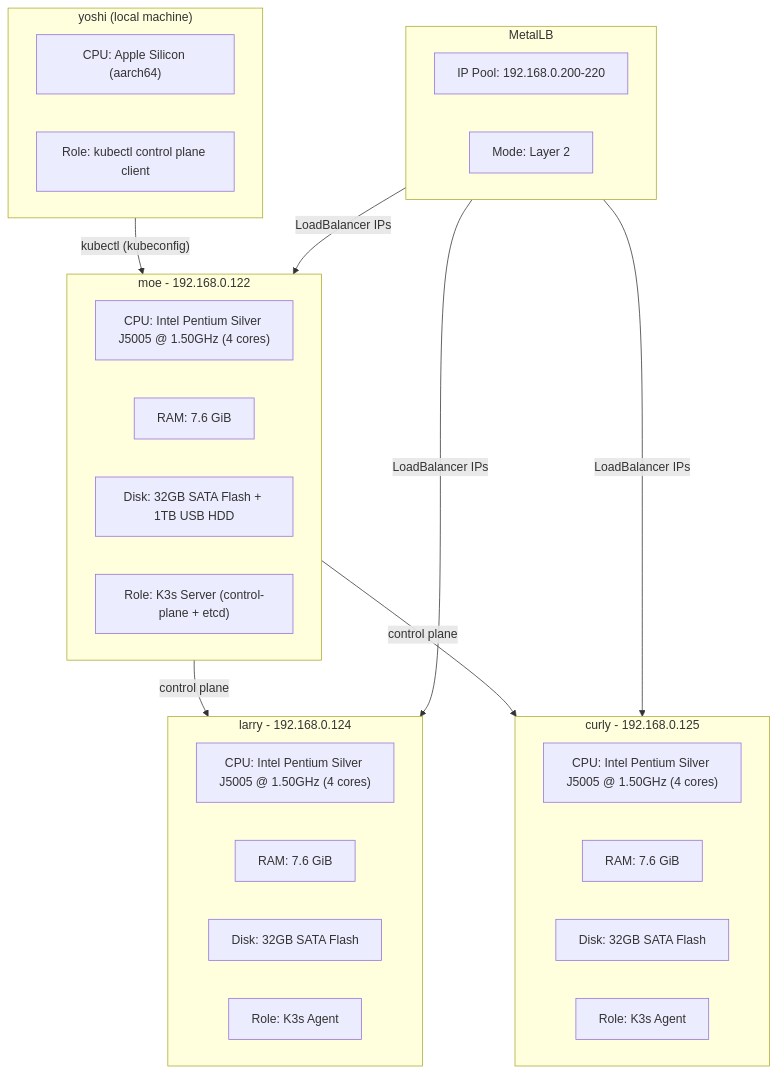
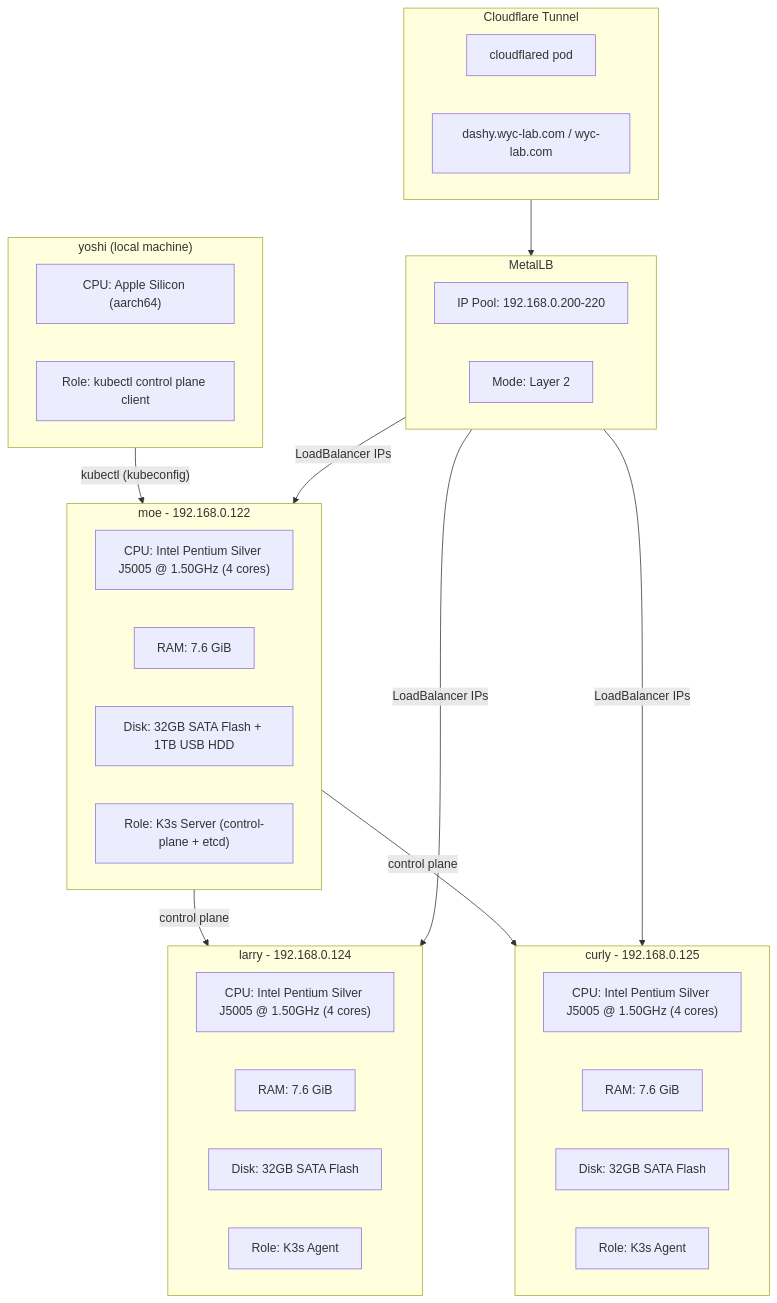
Before and after one commit to JamesRivers/k8s-labs: the diagram in README.md, drawn with Mermaid. The commit also changed other lines of this file and 3 other files, not shown here.

````diff
--- a/README.md
+++ b/README.md
@@ -3,40 +3,46 @@
 ```mermaid
 graph TB
     subgraph yoshi["yoshi (local machine)"]
         Y_CPU["CPU: Apple Silicon (aarch64)"]
         Y_ROLE["Role: kubectl control plane client"]
     end
 
     subgraph moe["moe - 192.168.0.122"]
         M_CPU["CPU: Intel Pentium Silver J5005 @ 1.50GHz (4 cores)"]
         M_RAM["RAM: 7.6 GiB"]
         M_DISK["Disk: 32GB SATA Flash + 1TB USB HDD"]
         M_ROLE["Role: K3s Server (control-plane + etcd)"]
     end
 
     subgraph larry["larry - 192.168.0.124"]
         L_CPU["CPU: Intel Pentium Silver J5005 @ 1.50GHz (4 cores)"]
         L_RAM["RAM: 7.6 GiB"]
         L_DISK["Disk: 32GB SATA Flash"]
         L_ROLE["Role: K3s Agent"]
     end
 
     subgraph curly["curly - 192.168.0.125"]
         C_CPU["CPU: Intel Pentium Silver J5005 @ 1.50GHz (4 cores)"]
         C_RAM["RAM: 7.6 GiB"]
         C_DISK["Disk: 32GB SATA Flash"]
         C_ROLE["Role: K3s Agent"]
     end
 
     subgraph metallb["MetalLB"]
         LB_POOL["IP Pool: 192.168.0.200-220"]
         LB_MODE["Mode: Layer 2"]
     end
 
+    subgraph cloudflare["Cloudflare Tunnel"]
+        CF["cloudflared pod"]
+        CF_DNS["dashy.wyc-lab.com / wyc-lab.com"]
+    end
+
     yoshi -- "kubectl (kubeconfig)" --> moe
     moe -- "control plane" --> larry
     moe -- "control plane" --> curly
     metallb -- "LoadBalancer IPs" --> moe
     metallb -- "LoadBalancer IPs" --> larry
     metallb -- "LoadBalancer IPs" --> curly
+    cloudflare --> metallb
 ```
````
